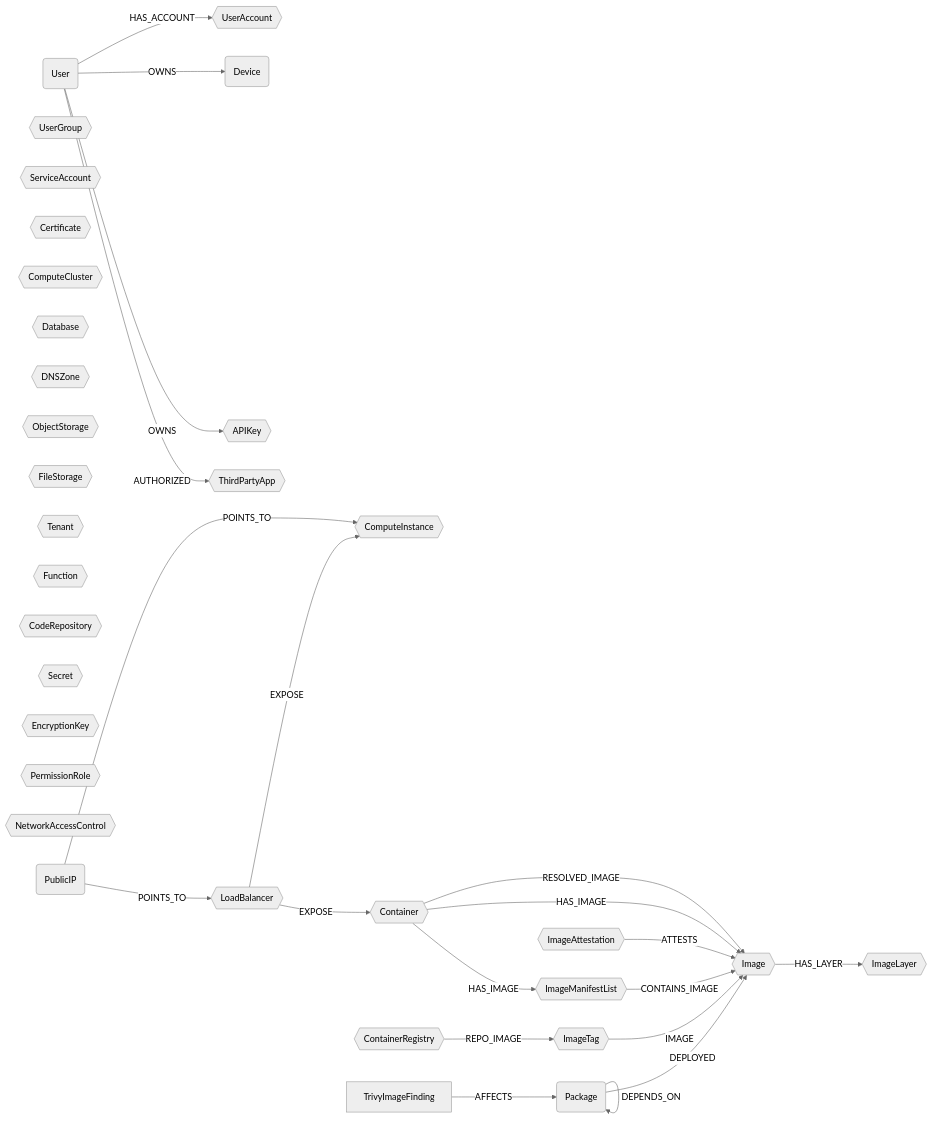
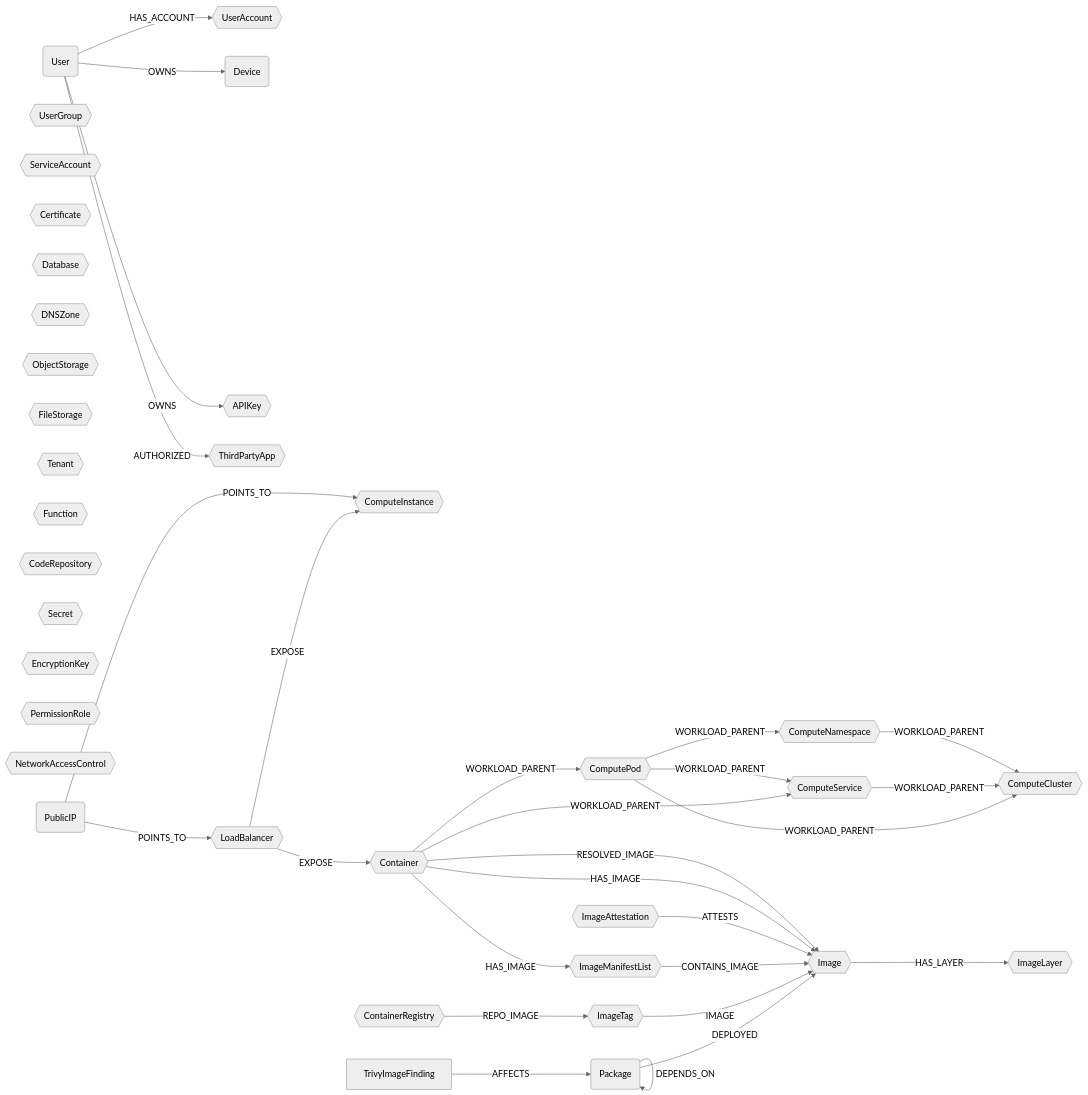
Before and after one commit to sec-js/cartography: the diagram in docs/root/modules/ontology/schema.md, drawn with Mermaid (neutral theme). The commit also changed other lines of this file and 21 other files, not shown here.

````diff
--- a/docs/root/modules/ontology/schema.md
+++ b/docs/root/modules/ontology/schema.md
@@ -6,38 +6,48 @@
 ```mermaid
 graph LR
 
 U(User) -- HAS_ACCOUNT --> UA{{UserAccount}}
 U -- OWNS --> CC(Device)
 U -- OWNS --> AK{{APIKey}}
 U -- AUTHORIZED --> OA{{ThirdPartyApp}}
 UG{{UserGroup}}
 SA{{ServiceAccount}}
 CERT{{Certificate}}
 LB{{LoadBalancer}} -- EXPOSE --> CI{{ComputeInstance}}
 LB{{LoadBalancer}} -- EXPOSE --> CT{{Container}}
 CL{{ComputeCluster}}
+CS{{ComputeService}}
+CNS{{ComputeNamespace}}
+CP{{ComputePod}}
+CT -- WORKLOAD_PARENT --> CP
+CT -- WORKLOAD_PARENT --> CS
+CP -- WORKLOAD_PARENT --> CS
+CP -- WORKLOAD_PARENT --> CNS
+CP -- WORKLOAD_PARENT --> CL
+CS -- WORKLOAD_PARENT --> CL
+CNS -- WORKLOAD_PARENT --> CL
 DB{{Database}}
 DZ{{DNSZone}}
 OS{{ObjectStorage}}
 FS{{FileStorage}}
 TN{{Tenant}}
 FN{{Function}}
 REPO{{CodeRepository}}
 SC{{Secret}}
 EK{{EncryptionKey}}
 PR{{PermissionRole}}
 NAC{{NetworkAccessControl}}
 PIP(PublicIP) -- POINTS_TO --> LB
 PIP -- POINTS_TO --> CI
 PKG(Package) -- DEPLOYED --> IM{{Image}}
 PKG -- DEPENDS_ON --> PKG
 F[TrivyImageFinding] -- AFFECTS --> PKG
 CR{{ContainerRegistry}} -- REPO_IMAGE --> IT{{ImageTag}}
 IT -- IMAGE --> IM
 IML{{ImageManifestList}} -- CONTAINS_IMAGE --> IM
 IA{{ImageAttestation}} -- ATTESTS --> IM
 IM -- HAS_LAYER --> IL{{ImageLayer}}
 CT -- HAS_IMAGE --> IM
 CT -- HAS_IMAGE --> IML
 CT -- RESOLVED_IMAGE --> IM
 ```
````
